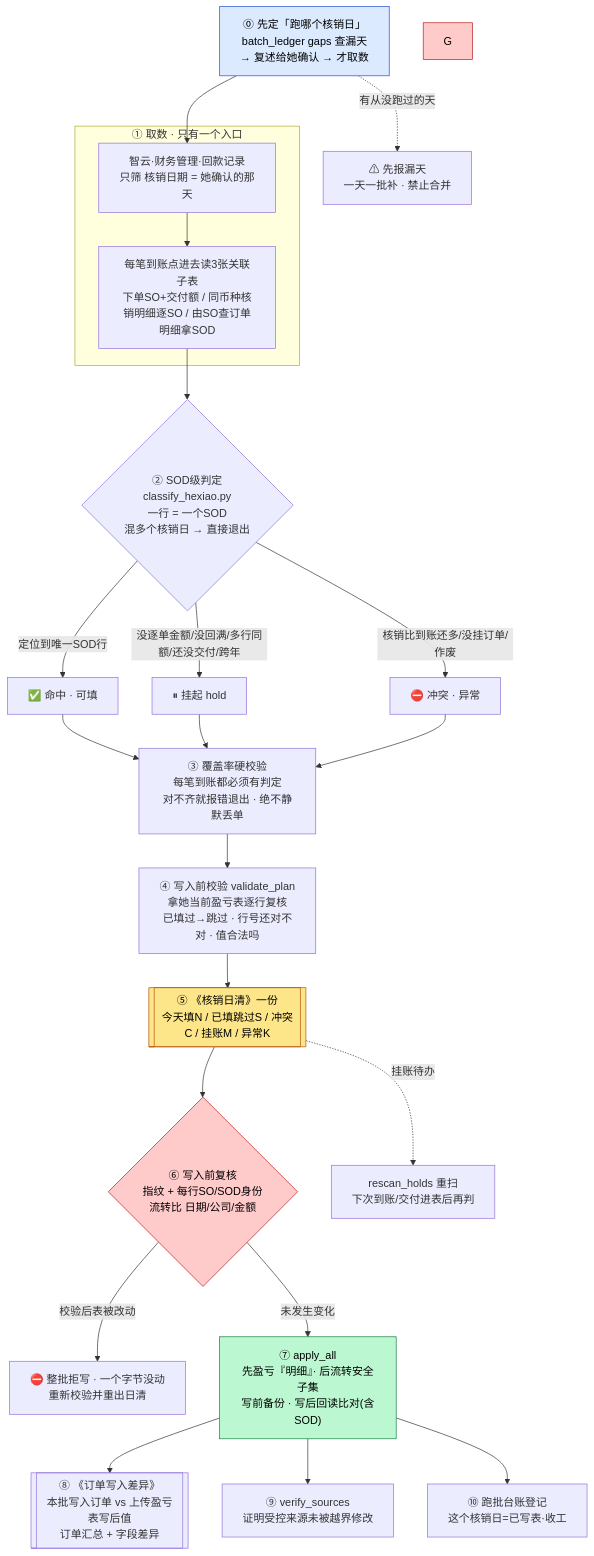
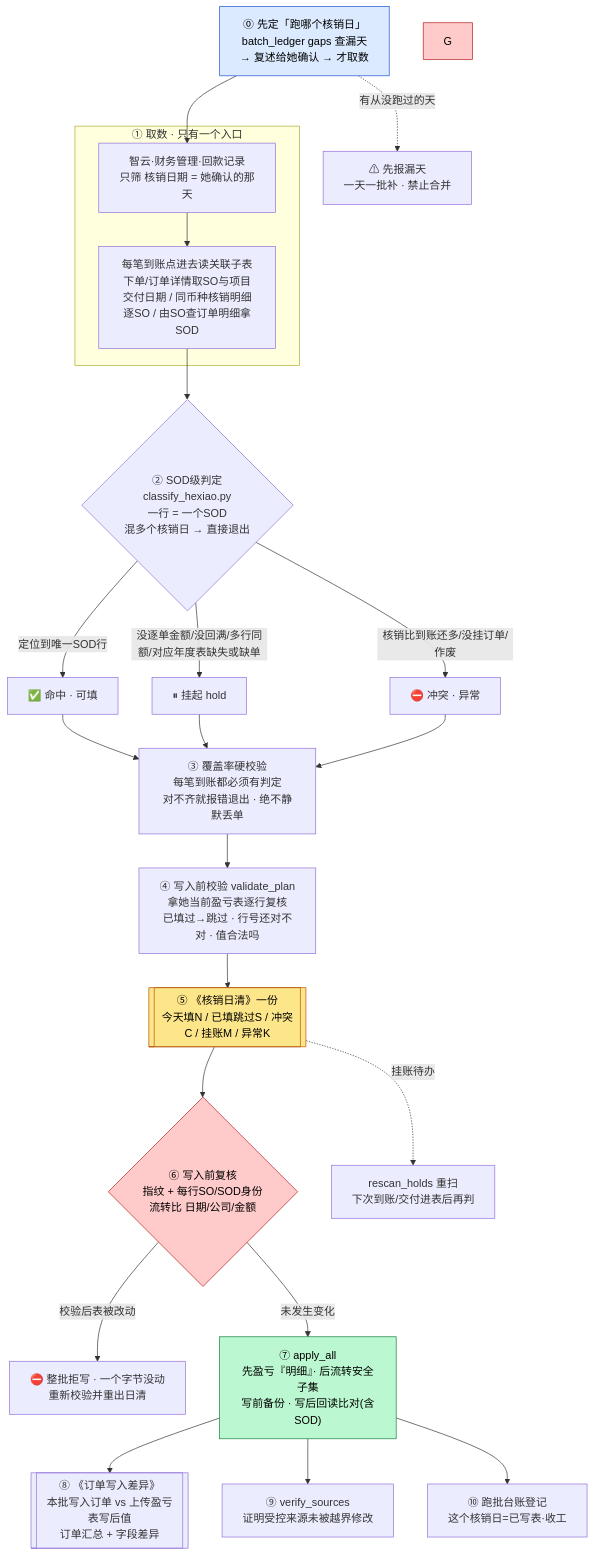
Before and after one commit to ErenYeager2002/financial_pj: the first of 2 diagrams in skills/ar-hexiao-daily/README.md, drawn with Mermaid. The commit also changed other lines of this file and 209 other files, not shown here.

````diff
--- a/skills/ar-hexiao-daily/README.md
+++ b/skills/ar-hexiao-daily/README.md
@@ -56,30 +56,30 @@
 ```mermaid
 flowchart TD
     D0["⓪ 先定「跑哪个核销日」<br/>batch_ledger gaps 查漏天<br/>→ 复述给她确认 → 才取数"] --> A
     D0 -.->|"有从没跑过的天"| GAP["⚠ 先报漏天<br/>一天一批补 · 禁止合并"]
     subgraph 取数["① 取数 · 只有一个入口"]
-        A["智云·财务管理·回款记录<br/>只筛 核销日期 = 她确认的那天"] --> B["每笔到账点进去读3张关联子表<br/>下单SO+交付额 / 同币种核销明细逐SO / 由SO查订单明细拿SOD"]
+        A["智云·财务管理·回款记录<br/>只筛 核销日期 = 她确认的那天"] --> B["每笔到账点进去读关联子表<br/>下单/订单详情取SO与项目交付日期 / 同币种核销明细逐SO / 由SO查订单明细拿SOD"]
     end
     B --> C{"② SOD级判定<br/>classify_hexiao.py<br/>一行 = 一个SOD<br/>混多个核销日 → 直接退出"}
     C -->|"定位到唯一SOD行"| HIT["✅ 命中 · 可填"]
-    C -->|"没逐单金额/没回满/多行同额/还没交付/跨年"| HOLD["⏸ 挂起 hold"]
+    C -->|"没逐单金额/没回满/多行同额/对应年度表缺失或缺单"| HOLD["⏸ 挂起 hold"]
     C -->|"核销比到账还多/没挂订单/作废"| EXC["⛔ 冲突 · 异常"]
     HIT --> COV
     HOLD --> COV
     EXC --> COV
     COV["③ 覆盖率硬校验<br/>每笔到账都必须有判定<br/>对不齐就报错退出 · 绝不静默丢单"] --> V["④ 写入前校验 validate_plan<br/>拿她当前盈亏表逐行复核<br/>已填过→跳过 · 行号还对不对 · 值合法吗"]
     V --> W[["⑤ 《核销日清》一份<br/>今天填N / 已填跳过S / 冲突C / 挂账M / 异常K"]]
     W --> PRE{"⑥ 写入前复核<br/>指纹 + 每行SO/SOD身份<br/>流转比 日期/公司/金额"}
     PRE -->|"校验后表被改动"| REDO["⛔ 整批拒写 · 一个字节没动<br/>重新校验并重出日清"]
     PRE -->|"未发生变化"| AP["⑦ apply_all<br/>先盈亏『明细』· 后流转安全子集<br/>写前备份 · 写后回读比对(含SOD)"]
     AP --> DIFF[["⑧ 《订单写入差异》<br/>本批写入订单 vs 上传盈亏表写后值<br/>订单汇总 + 字段差异"]]
     AP --> VS["⑨ verify_sources<br/>证明受控来源未被越界修改"]
     AP --> BL["⑩ 跑批台账登记<br/>这个核销日=已写表·收工"]
     W -.->|"挂账待办"| R["rescan_holds 重扫<br/>下次到账/交付进表后再判"]
 
     style D0 fill:#dbeafe,stroke:#1d4ed8,color:#000
     style W fill:#fde68a,stroke:#b45309,color:#000
     style G fill:#fecaca,stroke:#b91c1c,color:#000
     style PRE fill:#fecaca,stroke:#b91c1c,color:#000
     style AP fill:#bbf7d0,stroke:#15803d,color:#000
 ```
````
